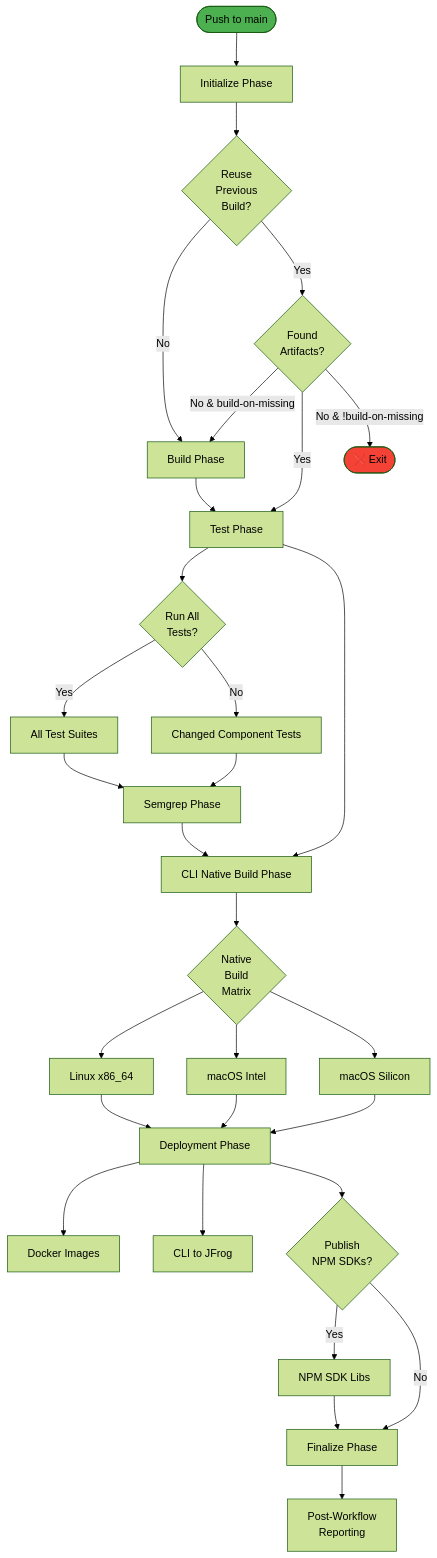
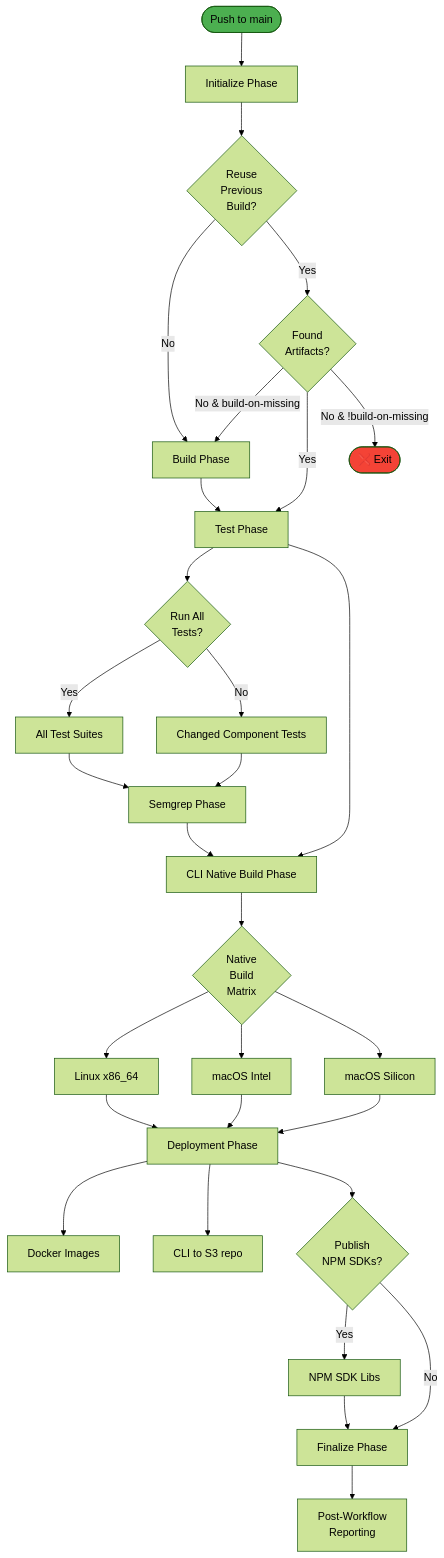
The fourth of 6 diagrams in .github/workflows/WORKFLOW_ARCHITECTURE.md (dotCMS/core), drawn with Mermaid (forest theme) before and after one commit. The commit also changed other lines of this file and 53 other files, not shown here.

````diff
--- a/.github/workflows/WORKFLOW_ARCHITECTURE.md
+++ b/.github/workflows/WORKFLOW_ARCHITECTURE.md
@@ -359,46 +359,46 @@
 ```mermaid
 flowchart TD
     Start([Push to main]) --> Init[Initialize Phase]
     Init --> CheckReuse{Reuse<br/>Previous<br/>Build?}
     
     CheckReuse -->|No| Build[Build Phase]
     CheckReuse -->|Yes| CheckFound{Found<br/>Artifacts?}
     
     CheckFound -->|No & build-on-missing| Build
     CheckFound -->|Yes| Test
     CheckFound -->|No & !build-on-missing| Error([❌ Exit])
     
     Build --> Test[Test Phase]
     Test --> TestMatrix{Run All<br/>Tests?}
     
     TestMatrix -->|Yes| AllTests[All Test Suites]
     TestMatrix -->|No| ChangedTests[Changed Component Tests]
     
     AllTests --> Semgrep[Semgrep Phase]
     ChangedTests --> Semgrep
     
     Test --> BuildCLI[CLI Native Build Phase]
     Semgrep --> BuildCLI
     
     BuildCLI --> OSMatrix{Native<br/>Build<br/>Matrix}
     OSMatrix --> Linux[Linux x86_64]
     OSMatrix --> MacIntel[macOS Intel]
     OSMatrix --> MacSilicon[macOS Silicon]
     
     Linux --> Deploy[Deployment Phase]
     MacIntel --> Deploy
     MacSilicon --> Deploy
     
     Deploy --> DeployDocker[Docker Images]
-    Deploy --> DeployCLI[CLI to JFrog]
+    Deploy --> DeployCLI[CLI to S3 repo]
     Deploy --> DeploySDK{Publish<br/>NPM SDKs?}
     
     DeploySDK -->|Yes| SDKPublish[NPM SDK Libs]
     DeploySDK -->|No| Finalize
     SDKPublish --> Finalize[Finalize Phase]
     
     Finalize --> Report[Post-Workflow<br/>Reporting]
     
     style Start fill:#4caf50
     style Error fill:#f44336
 ```
````
